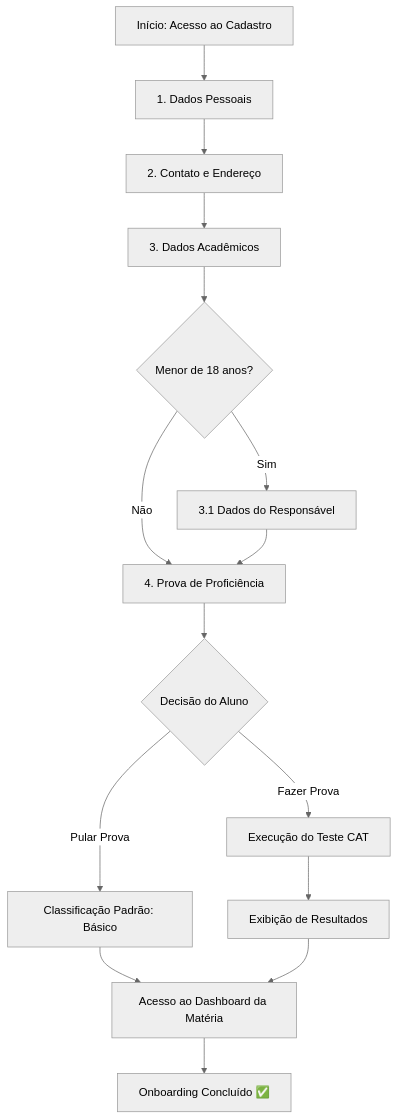
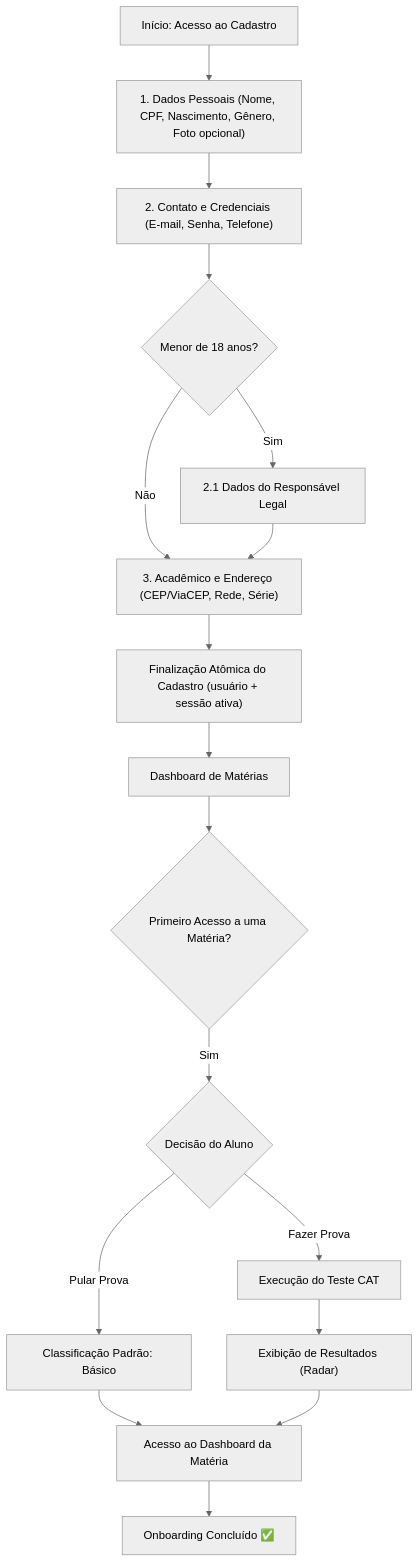
The diagram in docs-site/docs/modules/onboarding/flow/fluxo-geral.md (SiadeLucas/Tutor-Inteligente), drawn with Mermaid (neutral theme) before and after one commit. The commit also changed other lines of this file and 45 other files, not shown here.

````diff
--- a/docs-site/docs/modules/onboarding/flow/fluxo-geral.md
+++ b/docs-site/docs/modules/onboarding/flow/fluxo-geral.md
@@ -17,17 +17,19 @@
 ```mermaid
 flowchart TD
-    A["Início: Acesso ao Cadastro"] --> B["1. Dados Pessoais"]
-    B --> C["2. Contato e Endereço"]
-    C --> D["3. Dados Acadêmicos"]
-    D --> E{"Menor de 18 anos?"}
-    E -->|Sim| F["3.1 Dados do Responsável"]
-    E -->|Não| G["4. Prova de Proficiência"]
-    F --> G
-    G --> H{"Decisão do Aluno"}
-    H -->|Fazer Prova| I["Execução do Teste CAT"]
-    H -->|Pular Prova| J["Classificação Padrão: Básico"]
-    I --> K["Exibição de Resultados"]
-    J --> L["Acesso ao Dashboard da Matéria"]
-    K --> L
-    L --> M["Onboarding Concluído ✅"]
+    A["Início: Acesso ao Cadastro"] --> B["1. Dados Pessoais (Nome, CPF, Nascimento, Gênero, Foto opcional)"]
+    B --> C["2. Contato e Credenciais (E-mail, Senha, Telefone)"]
+    C --> D{"Menor de 18 anos?"}
+    D -->|Sim| E["2.1 Dados do Responsável Legal"]
+    D -->|Não| F["3. Acadêmico e Endereço (CEP/ViaCEP, Rede, Série)"]
+    E --> F
+    F --> G["Finalização Atômica do Cadastro (usuário + sessão ativa)"]
+    G --> H["Dashboard de Matérias"]
+    H --> I{"Primeiro Acesso a uma Matéria?"}
+    I -->|Sim| J{"Decisão do Aluno"}
+    J -->|Fazer Prova| K["Execução do Teste CAT"]
+    J -->|Pular Prova| L["Classificação Padrão: Básico"]
+    K --> M["Exibição de Resultados (Radar)"]
+    L --> N["Acesso ao Dashboard da Matéria"]
+    M --> N
+    N --> O["Onboarding Concluído ✅"]
 ```
````
